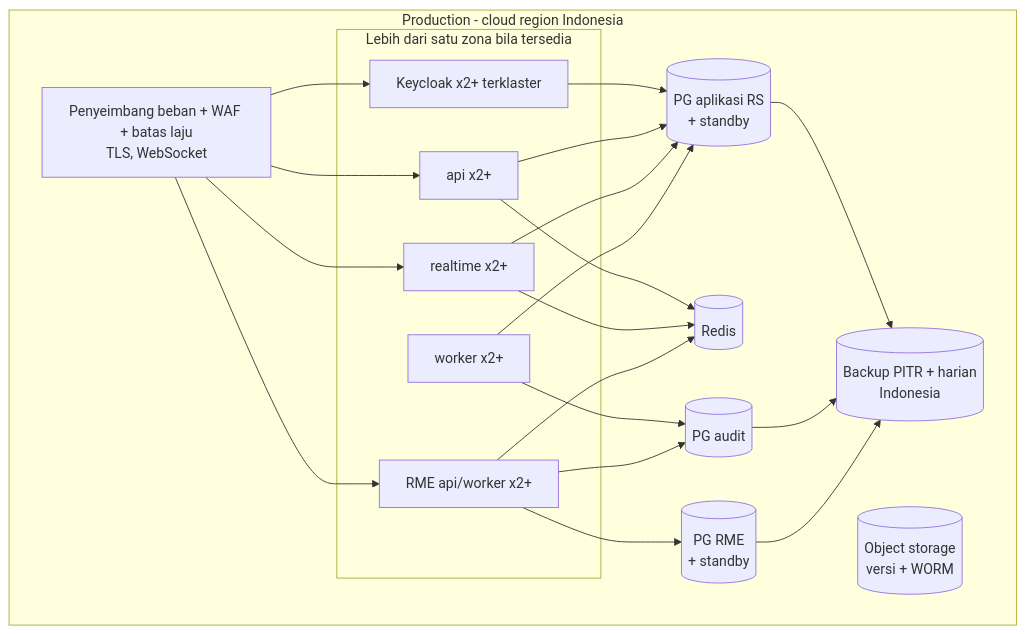
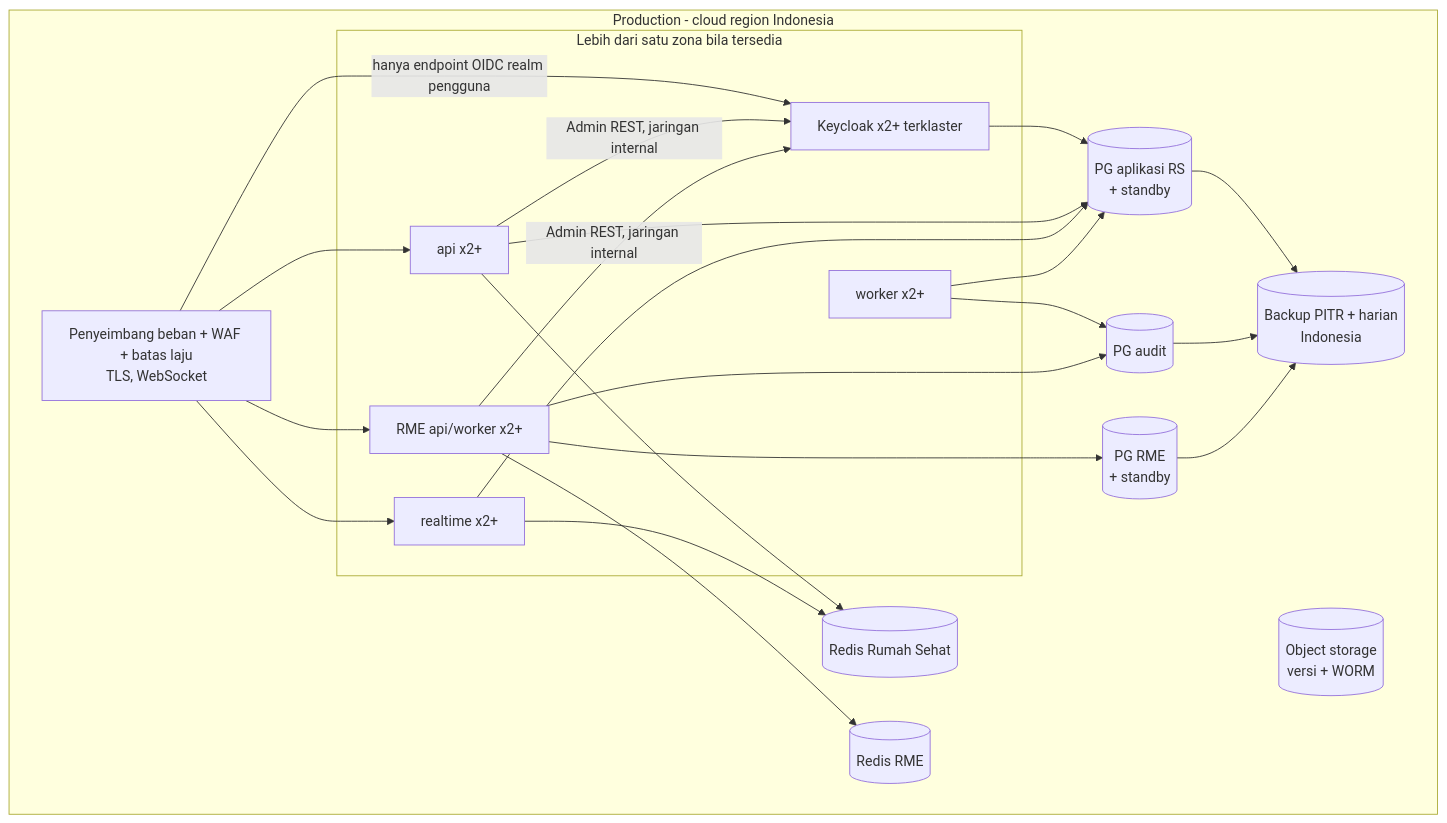
One commit to yuliandryfm/Rumah-Sehat changed the seventh of 7 diagrams in docs/04-arsitektur.md. Above: the diagram before and after it, drawn with Mermaid. The commit also changed other lines of this file and 12 other files, not shown here.

````diff
--- a/docs/04-arsitektur.md
+++ b/docs/04-arsitektur.md
@@ -251,27 +257,31 @@
 ```mermaid
 flowchart TB
   subgraph PROD[Production - cloud region Indonesia]
     LB[Penyeimbang beban + WAF + batas laju<br/>TLS, WebSocket]
     subgraph Z[Lebih dari satu zona bila tersedia]
       A1[api x2+]
       R1[realtime x2+]
       W1[worker x2+]
       RMEP[RME api/worker x2+]
       KCP[Keycloak x2+ terklaster]
     end
-    RDS[(Redis)]
+    RDS[(Redis Rumah Sehat)]
+    RDR[(Redis RME)]
     PGA[(PG aplikasi RS<br/>+ standby)]
     PGU[(PG audit)]
     PGR[(PG RME<br/>+ standby)]
     OBJ[(Object storage<br/>versi + WORM)]
     BK[(Backup PITR + harian<br/>Indonesia)]
   end
-  LB --> A1 & R1 & RMEP & KCP
+  LB --> A1 & R1 & RMEP
+  LB -->|hanya endpoint OIDC realm pengguna| KCP
+  A1 & RMEP -->|Admin REST, jaringan internal| KCP
   KCP --> PGA
-  A1 & R1 & RMEP --> RDS
+  A1 & R1 --> RDS
+  RMEP --> RDR
   A1 & R1 & W1 --> PGA
   W1 --> PGU
   RMEP --> PGR
   RMEP --> PGU
   PGA & PGU & PGR --> BK
 ```
````
